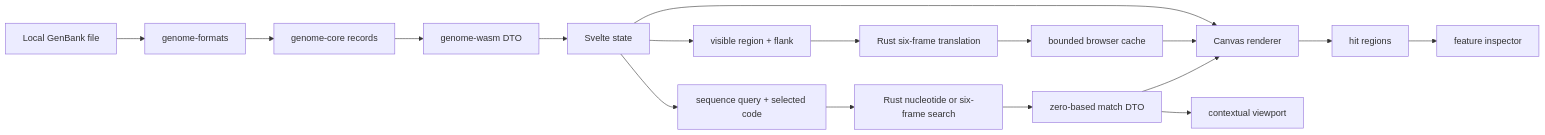
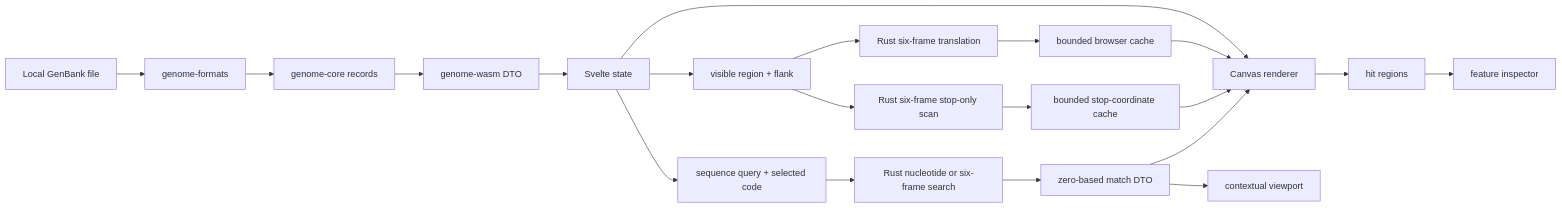
Before and after one commit to linsalrob/genbank_viewer: the diagram in docs/architecture.md, drawn with Mermaid. The commit also changed other lines of this file and 7 other files, not shown here.

Commit message:
docs: explain six-frame stop visualisation

````diff
--- a/docs/architecture.md
+++ b/docs/architecture.md
@@ -5,19 +5,22 @@
 ```mermaid
 flowchart LR
   File[Local GenBank file] --> Parser[genome-formats]
   Parser --> Core[genome-core records]
   Core --> DTO[genome-wasm DTO]
   DTO --> State[Svelte state]
   State --> Canvas[Canvas renderer]
   Canvas --> Hit[hit regions]
   Hit --> Inspector[feature inspector]
   State --> Region[visible region + flank]
   Region --> Translate[Rust six-frame translation]
   Translate --> Cache[bounded browser cache]
   Cache --> Canvas
+  Region --> Stops[Rust six-frame stop-only scan]
+  Stops --> StopCache[bounded stop-coordinate cache]
+  StopCache --> Canvas
   State --> Query[sequence query + selected code]
   Query --> Search[Rust nucleotide or six-frame search]
   Search --> Match[zero-based match DTO]
   Match --> Viewport[contextual viewport]
   Match --> Canvas
 ```
````
